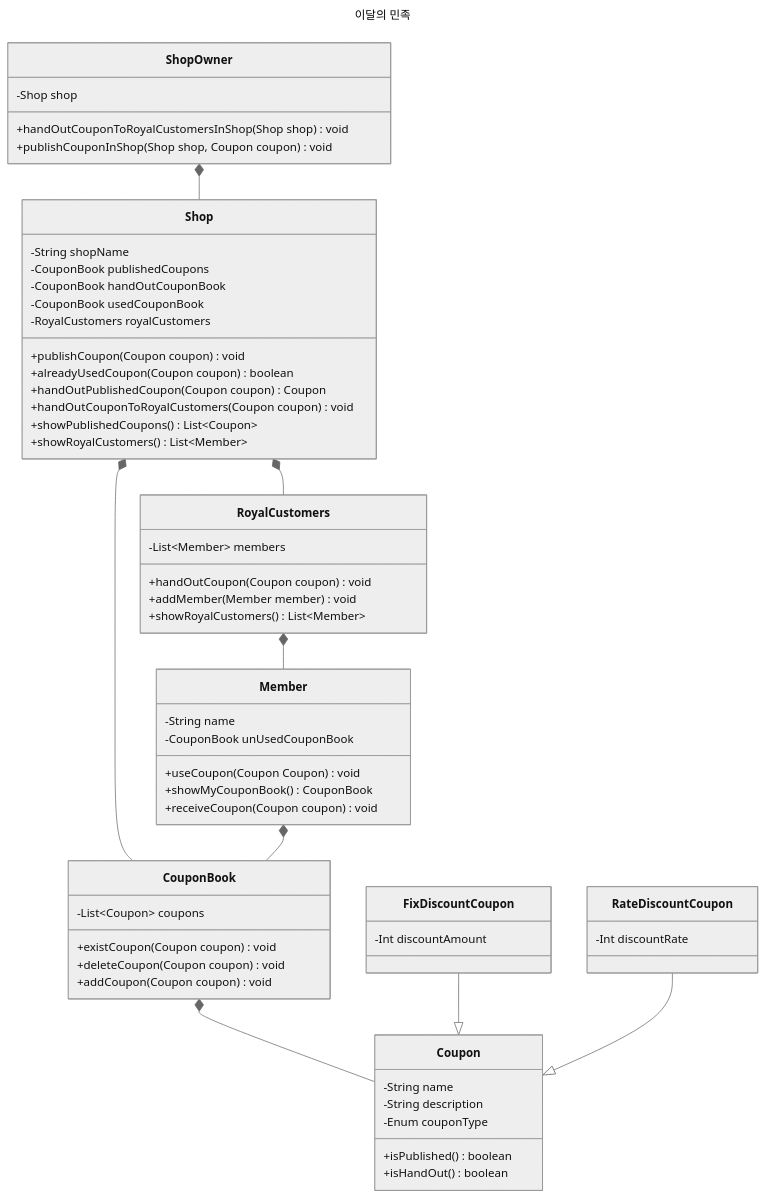
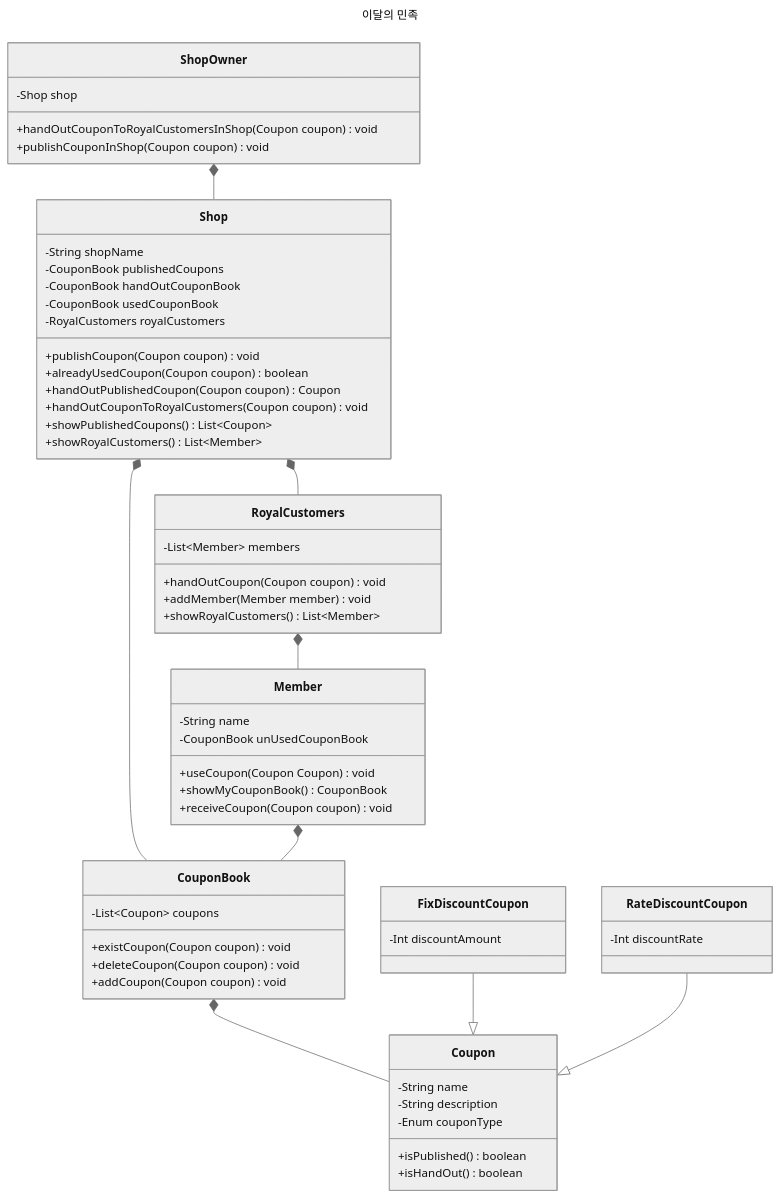
One commit to Exagonal-Study/est-delivery changed the first of 2 diagrams in README.md. Above: the diagram before and after it, drawn with Mermaid (neutral theme). The commit also changed 4 other files, not shown here.

````diff
--- a/README.md
+++ b/README.md
@@ -41,73 +41,73 @@
 ```mermaid
 ---
 title: 이달의 민족
 ---
 classDiagram
     Shop *-- CouponBook
     Shop *-- RoyalCustomers
     RoyalCustomers *-- Member
     Member *-- CouponBook
     CouponBook *-- Coupon
     FixDiscountCoupon --|> Coupon
     RateDiscountCoupon --|> Coupon
     ShopOwner *-- Shop
 
     class CouponBook{
 			-List~Coupon~ coupons
 			+existCoupon(Coupon coupon) void
 			+deleteCoupon(Coupon coupon) void
 			+addCoupon(Coupon coupon) void
     }
 
     class Coupon{
 			-String name
 			-String description
 			-Enum couponType
 			+isPublished() boolean
 			+isHandOut() boolean
     }
 
     class FixDiscountCoupon{
 			-Int discountAmount
     }
 
     class RateDiscountCoupon{
 			-Int discountRate
     }
 
     class Member{
 			-String name
 			-CouponBook unUsedCouponBook
 			+useCoupon(Coupon Coupon) void
 			+showMyCouponBook() CouponBook
 			+receiveCoupon(Coupon coupon) void
     }
 
 		class ShopOwner{
 			-Shop shop
-			+handOutCouponToRoyalCustomersInShop(Shop shop) void
-			+publishCouponInShop(Shop shop, Coupon coupon) void
+			+handOutCouponToRoyalCustomersInShop(Coupon coupon) void
+			+publishCouponInShop(Coupon coupon) void
 		}
 
 		class Shop{
 			-String shopName
 			-CouponBook publishedCoupons
             -CouponBook handOutCouponBook
 			-CouponBook usedCouponBook
 			-RoyalCustomers royalCustomers
 			+publishCoupon(Coupon coupon) void
 			+alreadyUsedCoupon(Coupon coupon) boolean
 			+handOutPublishedCoupon(Coupon coupon) Coupon
 			+handOutCouponToRoyalCustomers(Coupon coupon) void
 			+showPublishedCoupons() List~Coupon~
 			+showRoyalCustomers() List~Member~
 		}
 
 		class RoyalCustomers{
 			-List~Member~ members
 			+handOutCoupon(Coupon coupon) void
 			+addMember(Member member) void
 			+showRoyalCustomers() List~Member~
 		}
 
 ```
````
